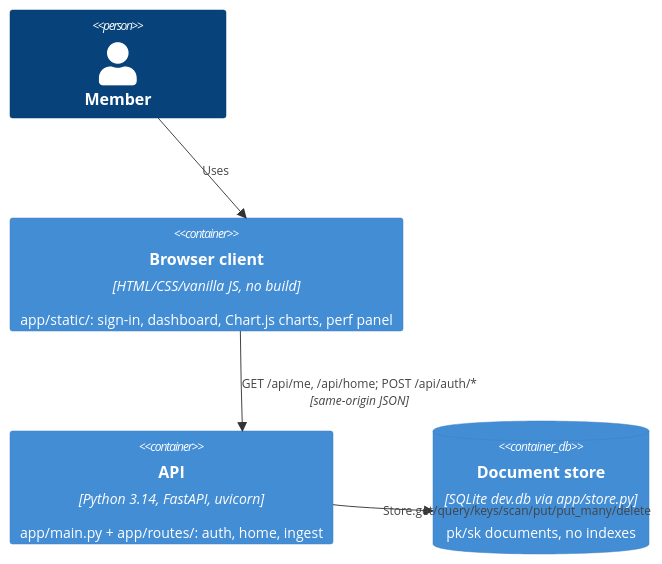
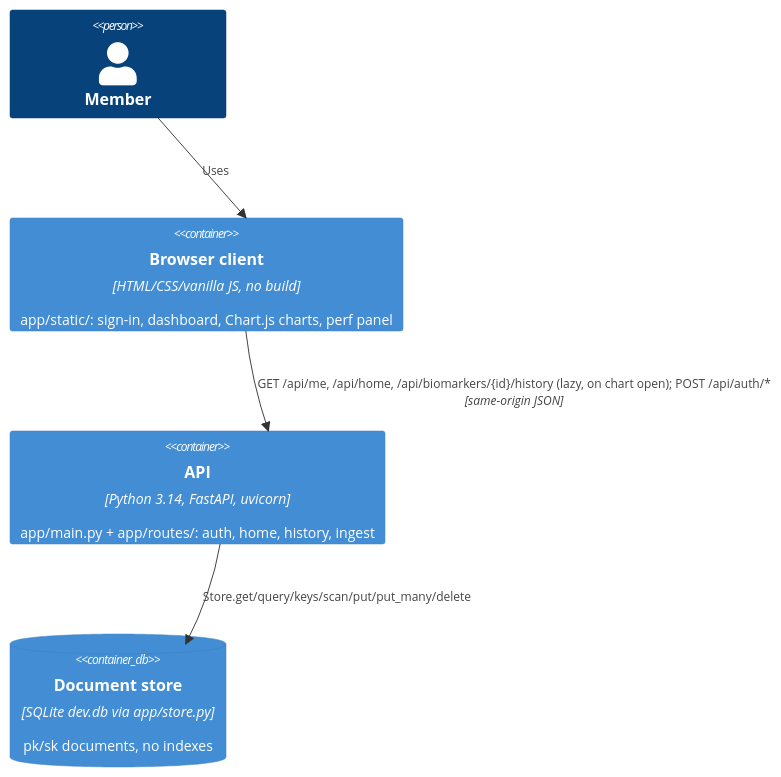
Before and after one commit to zacbraddy/arc-tick: the second of 2 diagrams in project-context/10k/technical/architecture/c4-context-containers.md, drawn with Mermaid. The commit also changed other lines of this file and 31 other files, not shown here.

````diff
--- a/project-context/10k/technical/architecture/c4-context-containers.md
+++ b/project-context/10k/technical/architecture/c4-context-containers.md
@@ -28,10 +28,10 @@
 ```mermaid
 C4Container
   Person(member, "Member")
   Container(client, "Browser client", "HTML/CSS/vanilla JS, no build", "app/static/: sign-in, dashboard, Chart.js charts, perf panel")
-  Container(api, "API", "Python 3.14, FastAPI, uvicorn", "app/main.py + app/routes/: auth, home, ingest")
+  Container(api, "API", "Python 3.14, FastAPI, uvicorn", "app/main.py + app/routes/: auth, home, history, ingest")
   ContainerDb(db, "Document store", "SQLite dev.db via app/store.py", "pk/sk documents, no indexes")
   Rel(member, client, "Uses")
-  Rel(client, api, "GET /api/me, /api/home; POST /api/auth/*", "same-origin JSON")
+  Rel(client, api, "GET /api/me, /api/home, /api/biomarkers/{id}/history (lazy, on chart open); POST /api/auth/*", "same-origin JSON")
   Rel(api, db, "Store.get/query/keys/scan/put/put_many/delete")
 ```
````
